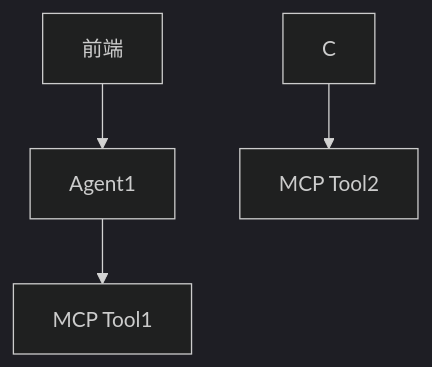
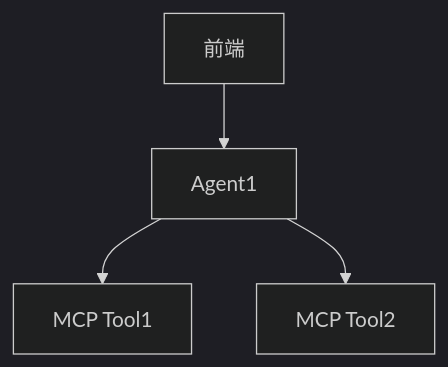
Before and after one commit to qingqinggit1/A2AServer: the first of 2 diagrams in README_ZH.md, drawn with Mermaid (dark theme). The commit also changed 1 other file, not shown here.

Commit message:
2025-05-11_11:01

````diff
--- a/README_ZH.md
+++ b/README_ZH.md
@@ -83,6 +83,6 @@
 ```mermaid
 graph TD
     A[前端] --> B[Agent1]
     B --> E[MCP Tool1]
-    C --> F[MCP Tool2]
+    B --> F[MCP Tool2]
 ```
````
